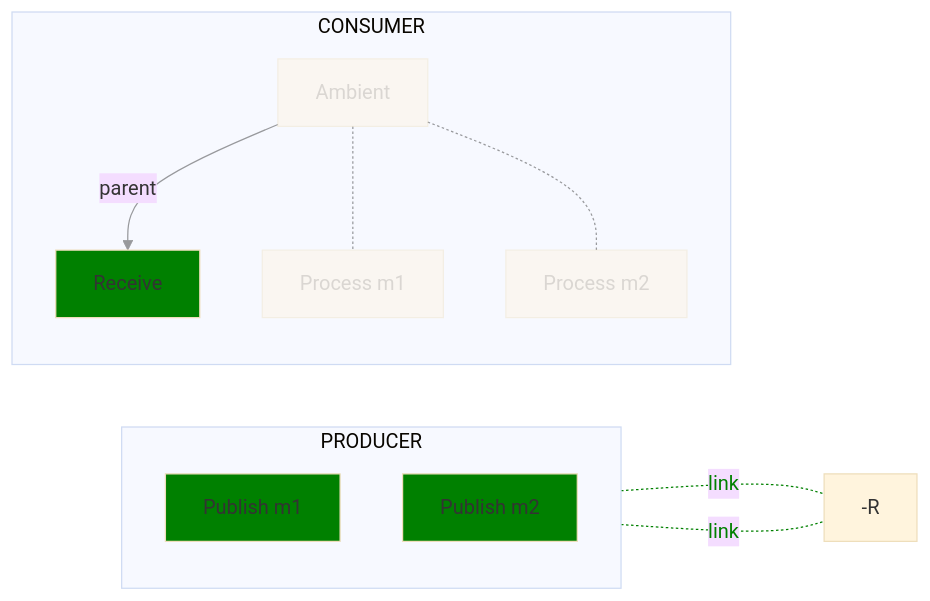
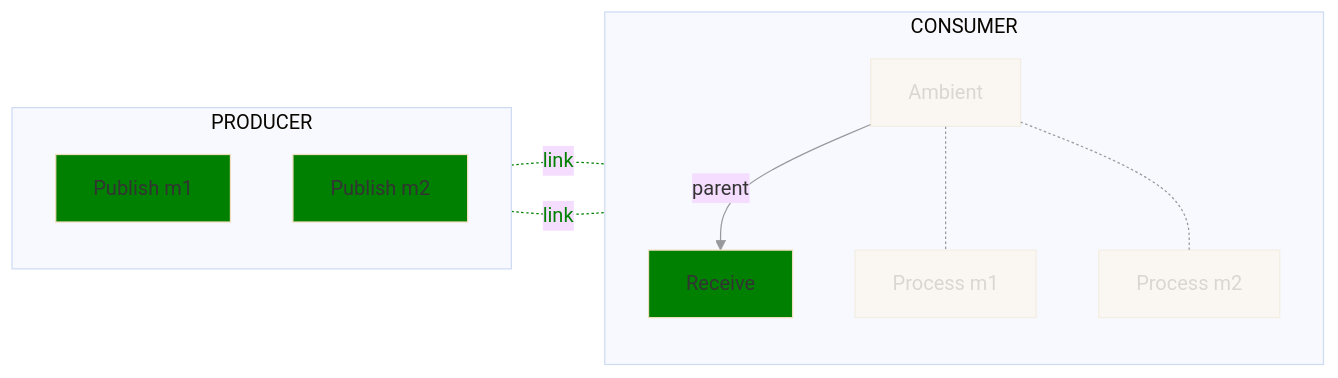
The tenth of 12 diagrams in text/trace/0220-messaging-semantic-conventions-span-structure.md (open-telemetry/oteps), drawn with Mermaid (base theme) before and after one commit. The commit also changed other lines of this file, not shown here.

Commit message:
Fix diagrams

````diff
--- a/text/trace/0220-messaging-semantic-conventions-span-structure.md
+++ b/text/trace/0220-messaging-semantic-conventions-span-structure.md
@@ -536,23 +536,23 @@
 ```mermaid
 flowchart LR;
   subgraph PRODUCER
   direction TB
   PM1[Publish m1]
   PM2[Publish m2]
   end
   subgraph CONSUMER
   direction TB
   A[Ambient]-- parent -->R[Receive]
   A-.-PRM1[Process m1]
   A-.-PRM2[Process m2]
   end
-  PM1-. link .--R;
-  PM2-. link .--R;
+  PM1-. link .-R;
+  PM2-. link .-R;
 
   classDef normal fill:green
   class PM1,PM2,R normal
   classDef additional opacity:0.4
   class A,PRM1,PRM2 additional
   linkStyle 0,1,2 opacity:0.4
   linkStyle 3,4 color:green,stroke:green
 ```
````
